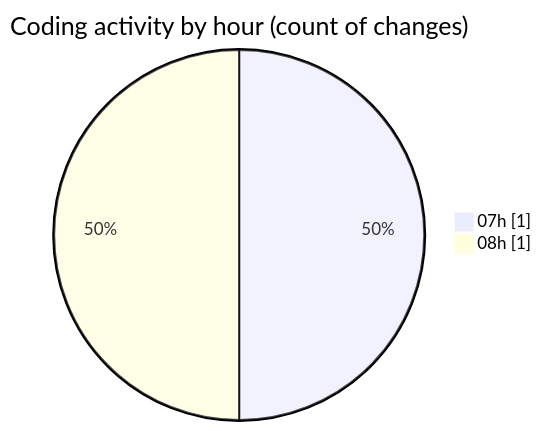
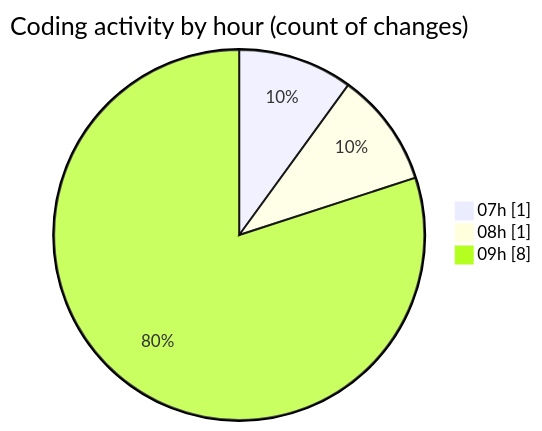
One commit to vahidmafi/code-tracking changed the second of 2 diagrams in 2025-04-24/zeytoon/README.md. Above: the diagram before and after it, drawn with Mermaid. The commit also changed other lines of this file and 1 other file, not shown here.

````diff
--- a/2025-04-24/zeytoon/README.md
+++ b/2025-04-24/zeytoon/README.md
@@ -30,6 +30,7 @@
 ```mermaid
 pie showData
 title Coding activity by hour (count of changes)
 "07h" : 1
 "08h" : 1
+"09h" : 8
 ```
````
